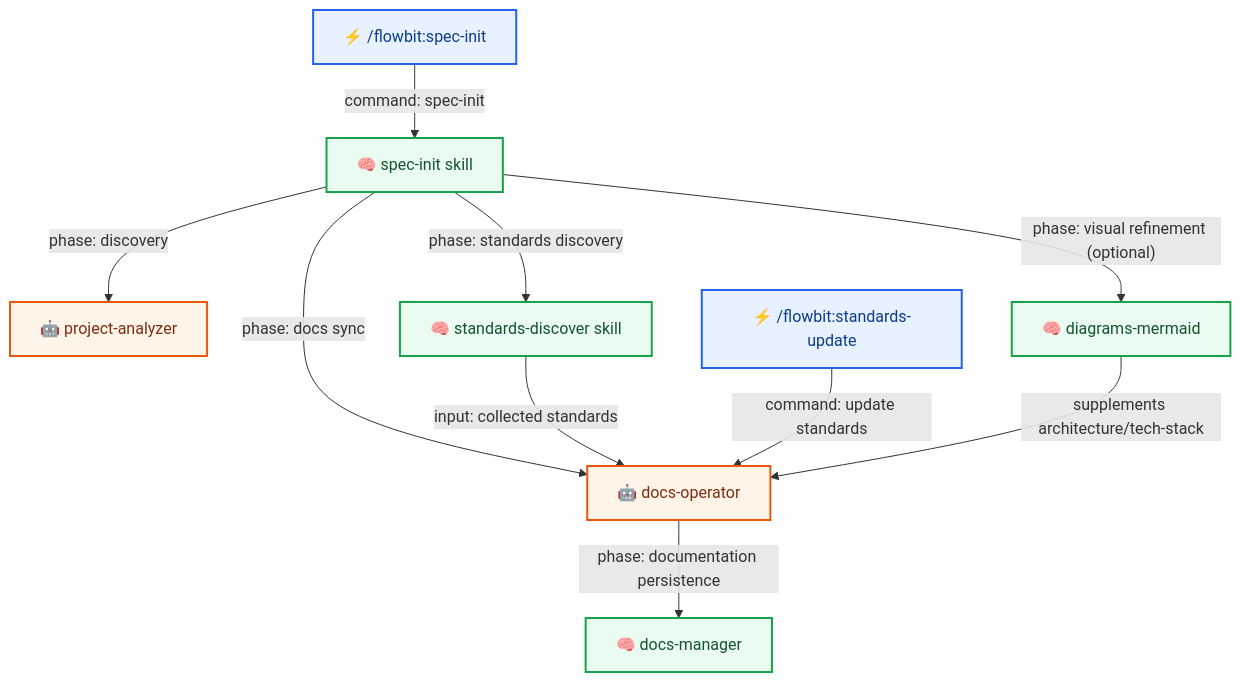
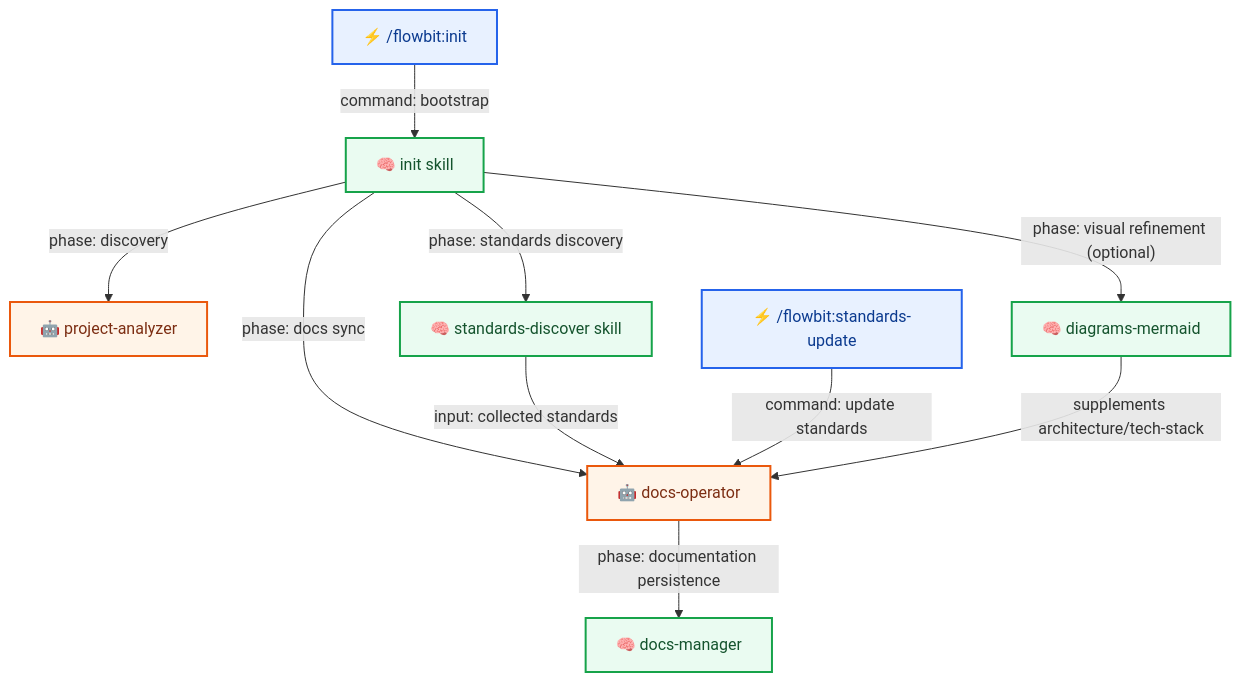
The second of 11 diagrams in docs/flow/workflows.md (plucins/flowbit), drawn with Mermaid before and after one commit. The commit also changed other lines of this file and 22 other files, not shown here.

````diff
--- a/docs/flow/workflows.md
+++ b/docs/flow/workflows.md
@@ -57,19 +57,19 @@
 ```mermaid
 graph TD
-  INIT_CMD["⚡ /flowbit:spec-init"] -- "command: spec-init" --> INIT["🧠 spec-init skill"]
+  INIT_CMD["⚡ /flowbit:init"] -- "command: bootstrap" --> INIT["🧠 init skill"]
   INIT -- "phase: discovery" --> PROJ["🤖 project-analyzer"]
   INIT -- "phase: standards discovery" --> STD_DISC["🧠 standards-discover skill"]
   INIT -- "phase: visual refinement (optional)" --> DIAG_I["🧠 diagrams-mermaid"]
   INIT -- "phase: docs sync" --> DOCS_OP["🤖 docs-operator"]
   STD_DISC -- "input: collected standards" --> DOCS_OP
   STD_UPD["⚡ /flowbit:standards-update"] -- "command: update standards" --> DOCS_OP
   DIAG_I -- "supplements architecture/tech-stack" --> DOCS_OP
   DOCS_OP -- "phase: documentation persistence" --> DOCS["🧠 docs-manager"]
 
   classDef cmd fill:#E8F1FF,stroke:#2563EB,stroke-width:2px,color:#0B3A8F;
   classDef skill fill:#EAFBF1,stroke:#16A34A,stroke-width:2px,color:#14532D;
   classDef agent fill:#FFF4E8,stroke:#EA580C,stroke-width:2px,color:#7C2D12;
   class INIT_CMD,STD_UPD cmd;
   class INIT,STD_DISC,DOCS,DIAG_I skill;
   class PROJ,DOCS_OP agent;
 ```
````
